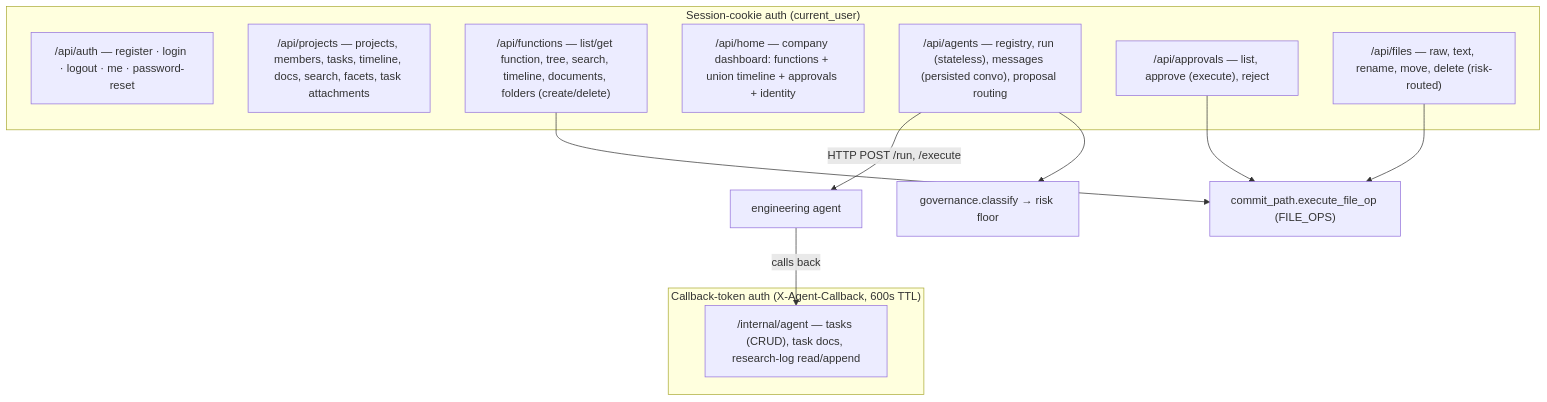
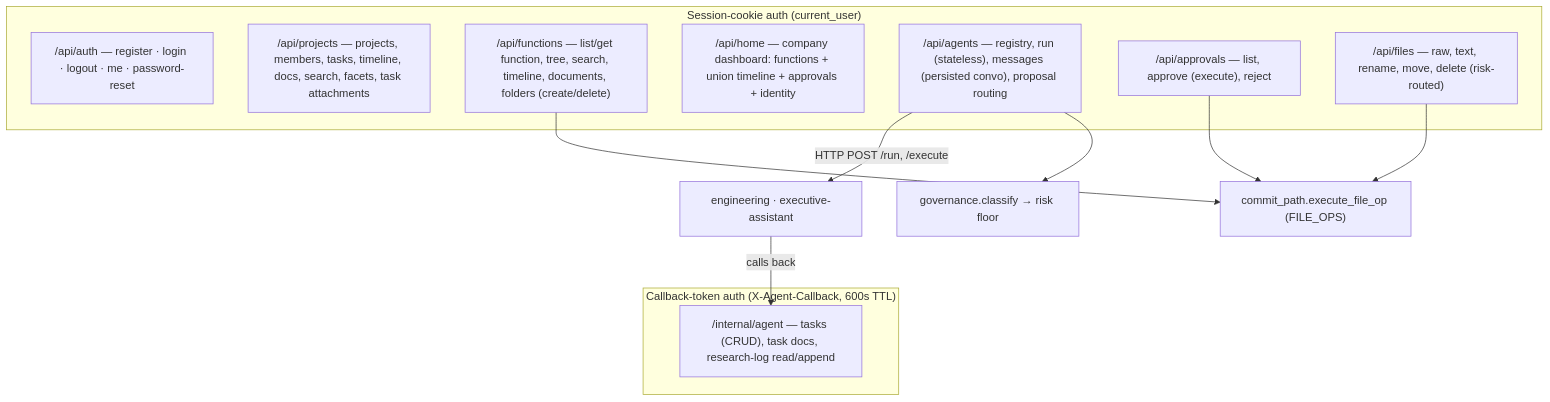
The second of 7 diagrams in docs/architecture-current-state.md (jgronktn/orrery), drawn with Mermaid before and after one commit. The commit also changed other lines of this file and 2 other files, not shown here.

First line of the commit message:
docs: refresh README + architecture + decisions for the EA and recent features

````diff
--- a/docs/architecture-current-state.md
+++ b/docs/architecture-current-state.md
@@ -53,22 +53,22 @@
 ```mermaid
 flowchart TB
   subgraph user["Session-cookie auth (current_user)"]
     auth["/api/auth — register · login · logout · me · password-reset"]
     projects["/api/projects — projects, members, tasks, timeline, docs, search, facets, task attachments"]
     functions["/api/functions — list/get function, tree, search, timeline, documents, folders (create/delete)"]
     home["/api/home — company dashboard: functions + union timeline + approvals + identity"]
     agents["/api/agents — registry, run (stateless), messages (persisted convo), proposal routing"]
     approvals["/api/approvals — list, approve (execute), reject"]
     files["/api/files — raw, text, rename, move, delete (risk-routed)"]
   end
   subgraph internal["Callback-token auth (X-Agent-Callback, 600s TTL)"]
     iagent["/internal/agent — tasks (CRUD), task docs, research-log read/append"]
   end
 
-  agents -->|"HTTP POST /run, /execute"| ENG["engineering agent"]
-  ENG -->|"calls back"| iagent
+  agents -->|"HTTP POST /run, /execute"| AG["engineering · executive-assistant"]
+  AG -->|"calls back"| iagent
   approvals --> CP["commit_path.execute_file_op (FILE_OPS)"]
   files --> CP
   functions --> CP
   agents --> GOV["governance.classify → risk floor"]
 ```
````
